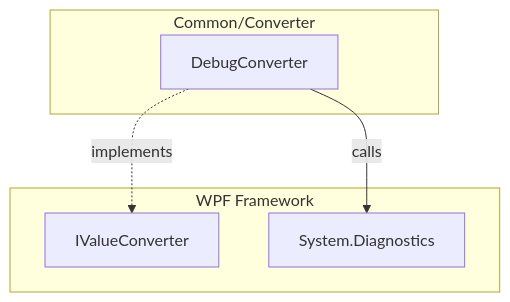
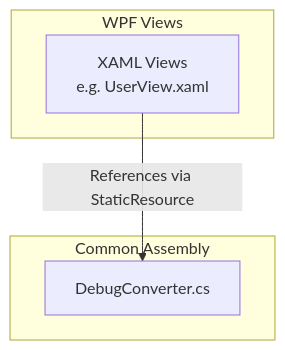
Before and after one commit to wetzlmaier-scch/mvvm: the diagram in doc/Common/Converter.md, drawn with Mermaid. The commit also changed other lines of this file and 132 other files, not shown here.

````diff
--- a/doc/Common/Converter.md
+++ b/doc/Common/Converter.md
@@ -13,14 +17,12 @@
 ```mermaid
 flowchart TD
-    subgraph "Common/Converter"
-        DC["DebugConverter"]
+    subgraph "Common Assembly"
+        DC[DebugConverter.cs]
     end
     
-    subgraph "WPF Framework"
-        IVC["IValueConverter"]
-        Diag["System.Diagnostics"]
+    subgraph "WPF Views"
+        XV[XAML Views<br>e.g. UserView.xaml]
     end
 
-    DC -.implements.-> IVC
-    DC -->|calls| Diag
+    XV -->|References via StaticResource| DC
 ```
````
